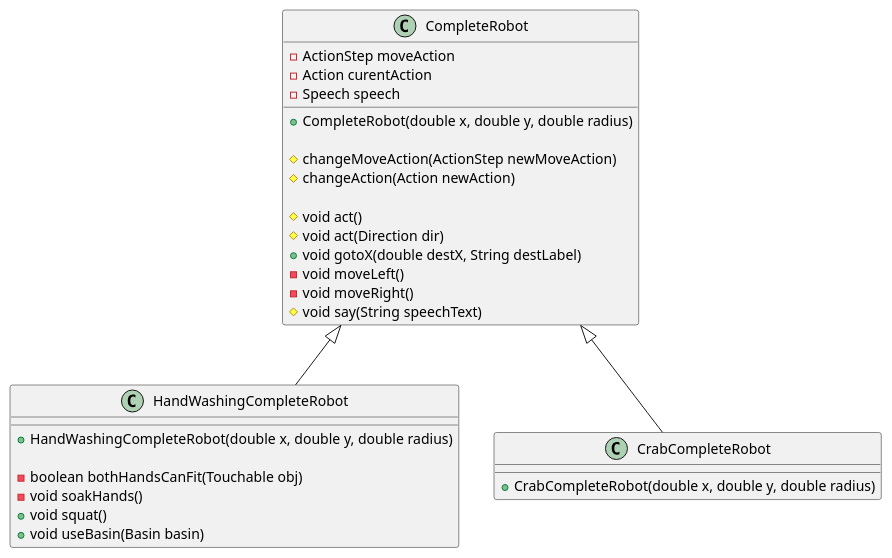
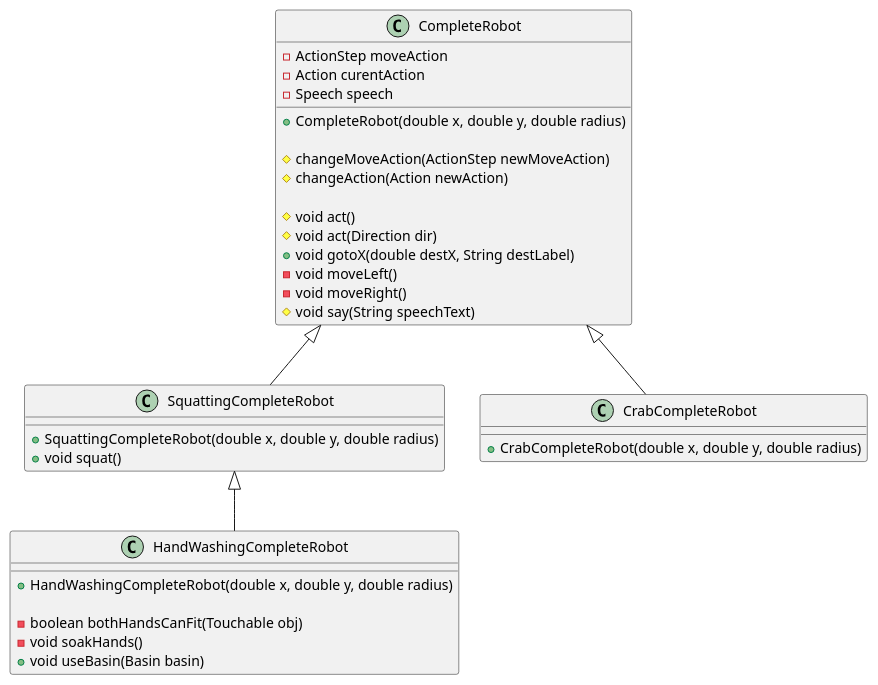
The diagram in PUML/OcpExample.puml (wafibismail/cadi-robot), drawn with PlantUML before and after one commit. The commit also changed 7 other files, not shown here.

Commit message:
Broke HandWashingSquattingCompleteRobot into two subclasses

```diff
--- a/PUML/OcpExample.puml
+++ b/PUML/OcpExample.puml
@@ -1,35 +1,40 @@
 @startuml "OCP Example"
 
 class "CompleteRobot" as CR {
   -ActionStep moveAction
   -Action curentAction
   -Speech speech
 
   +CompleteRobot(double x, double y, double radius)
 
   #changeMoveAction(ActionStep newMoveAction)
   #changeAction(Action newAction)
 
   #void act()
   #void act(Direction dir)
   +void gotoX(double destX, String destLabel)
   -void moveLeft()
   -void moveRight()
   #void say(String speechText)
 }
 
+class "SquattingCompleteRobot" as SCR {
+  +SquattingCompleteRobot(double x, double y, double radius)
+  +void squat()
+}
+
 class "HandWashingCompleteRobot" as HWCR {
     +HandWashingCompleteRobot(double x, double y, double radius)
     
     -boolean bothHandsCanFit(Touchable obj)
     -void soakHands()
-    +void squat()
     +void useBasin(Basin basin)
 }
 
 class "CrabCompleteRobot" as CCR {
   +CrabCompleteRobot(double x, double y, double radius)
 }
 CR <|-- CCR
-CR <|-- HWCR
+CR <|-- SCR
+SCR <|-- HWCR
 @enduml
```
